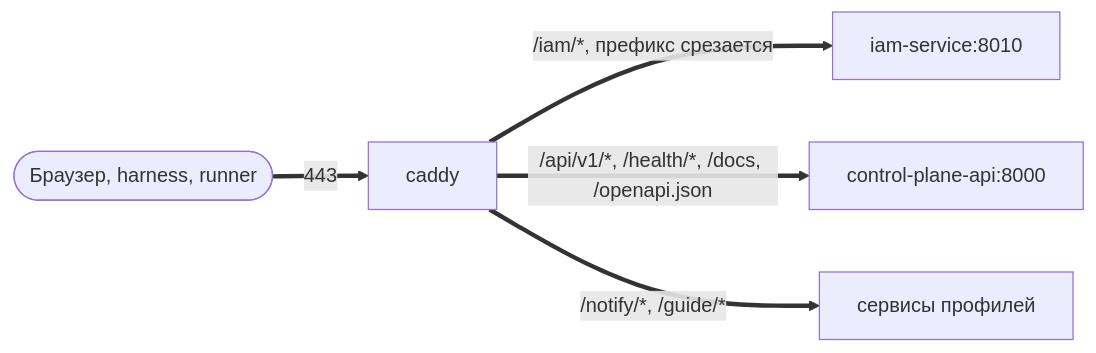
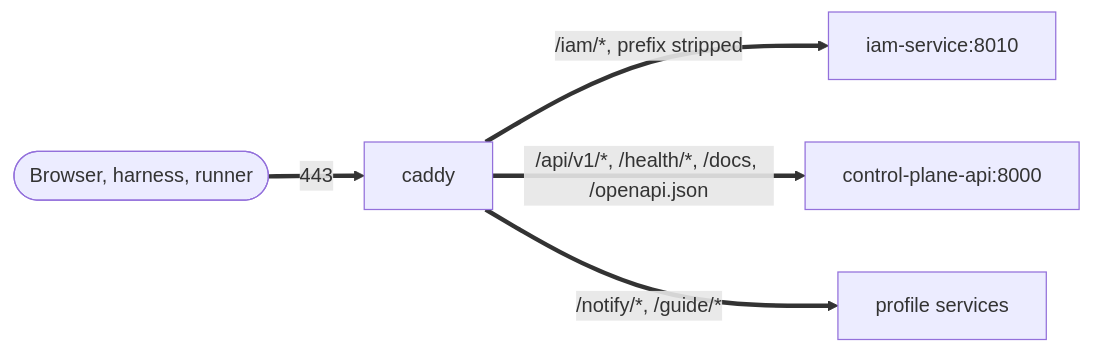
Before and after one commit to monthu56/taimen: the diagram in guide/docs/operations/edge-and-tls.md, drawn with Mermaid. The commit also changed other lines of this file and 183 other files, not shown here.

````diff
--- a/guide/docs/operations/edge-and-tls.md
+++ b/guide/docs/operations/edge-and-tls.md
@@ -11,7 +13,7 @@
 ```mermaid
 flowchart LR
-    client([Браузер, harness, runner]) ==>|443| caddy[caddy]
-    caddy ==>|/iam/*, префикс срезается| iam[iam-service:8010]
+    client([Browser, harness, runner]) ==>|443| caddy[caddy]
+    caddy ==>|/iam/*, prefix stripped| iam[iam-service:8010]
     caddy ==>|/api/v1/*, /health/*, /docs, /openapi.json| cp[control-plane-api:8000]
-    caddy ==>|/notify/*, /guide/*| other[сервисы профилей]
+    caddy ==>|/notify/*, /guide/*| other[profile services]
 ```
````
